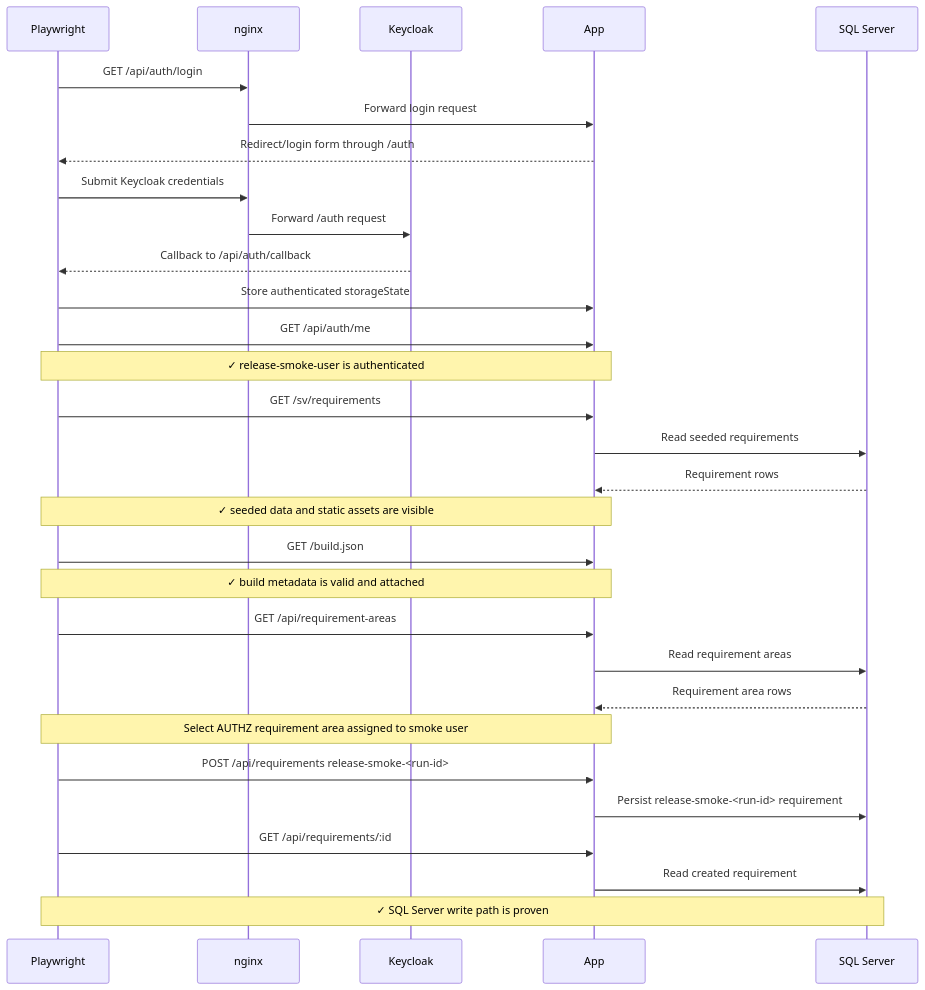
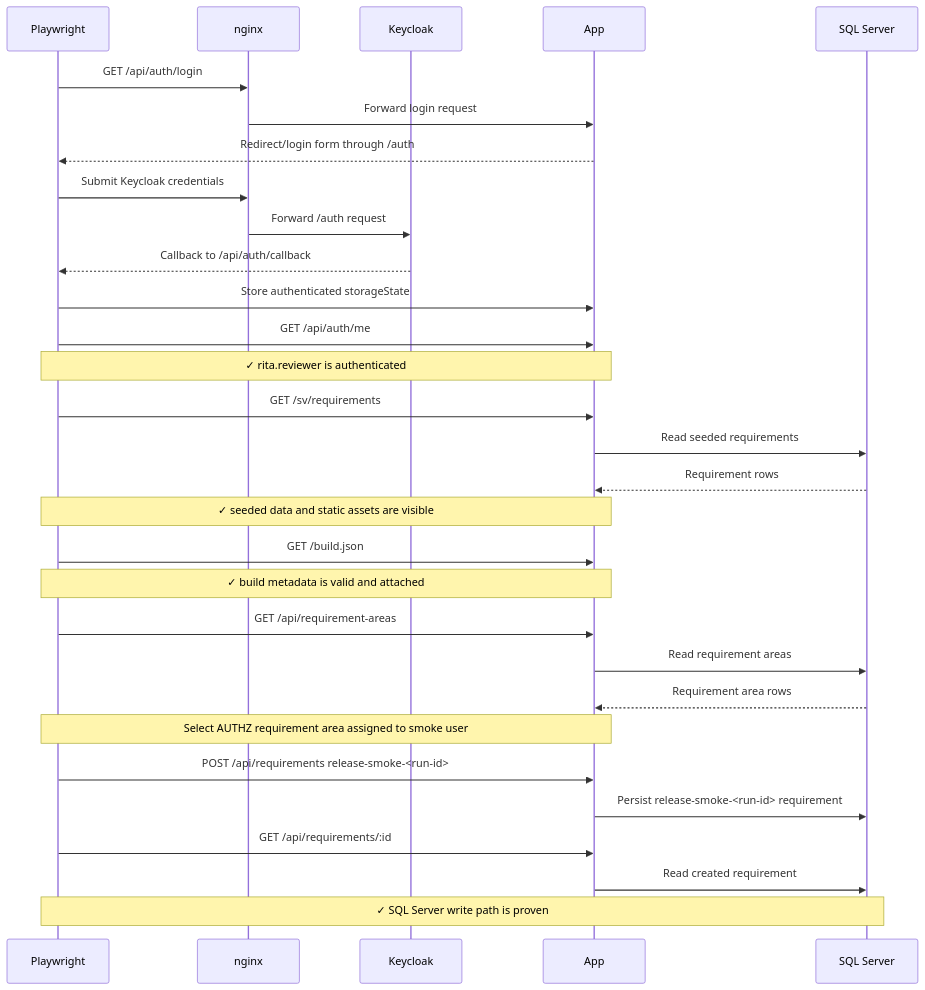
One commit to johlju/Kravhantering changed the second of 4 diagrams in tests/release-smoke/release-smoke.md. Above: the diagram before and after it, drawn with Mermaid. The commit also changed other lines of this file and 62 other files, not shown here.

````diff
--- a/tests/release-smoke/release-smoke.md
+++ b/tests/release-smoke/release-smoke.md
@@ -103,33 +100,33 @@
 ```mermaid
 sequenceDiagram
     participant PW as Playwright
     participant N as nginx
     participant KC as Keycloak
     participant APP as App
     participant DB as SQL Server
 
     PW->>N: GET /api/auth/login
     N->>APP: Forward login request
     APP-->>PW: Redirect/login form through /auth
     PW->>N: Submit Keycloak credentials
     N->>KC: Forward /auth request
     KC-->>PW: Callback to /api/auth/callback
     PW->>APP: Store authenticated storageState
     PW->>APP: GET /api/auth/me
-    Note over PW,APP: ✓ release-smoke-user is authenticated
+    Note over PW,APP: ✓ rita.reviewer is authenticated
     PW->>APP: GET /sv/requirements
     APP->>DB: Read seeded requirements
     DB-->>APP: Requirement rows
     Note over PW,APP: ✓ seeded data and static assets are visible
     PW->>APP: GET /build.json
     Note over PW,APP: ✓ build metadata is valid and attached
     PW->>APP: GET /api/requirement-areas
     APP->>DB: Read requirement areas
     DB-->>APP: Requirement area rows
     Note over PW,APP: Select AUTHZ requirement area assigned to smoke user
     PW->>APP: POST /api/requirements release-smoke-<run-id>
     APP->>DB: Persist release-smoke-<run-id> requirement
     PW->>APP: GET /api/requirements/:id
     APP->>DB: Read created requirement
     Note over PW,DB: ✓ SQL Server write path is proven
 ```
````
